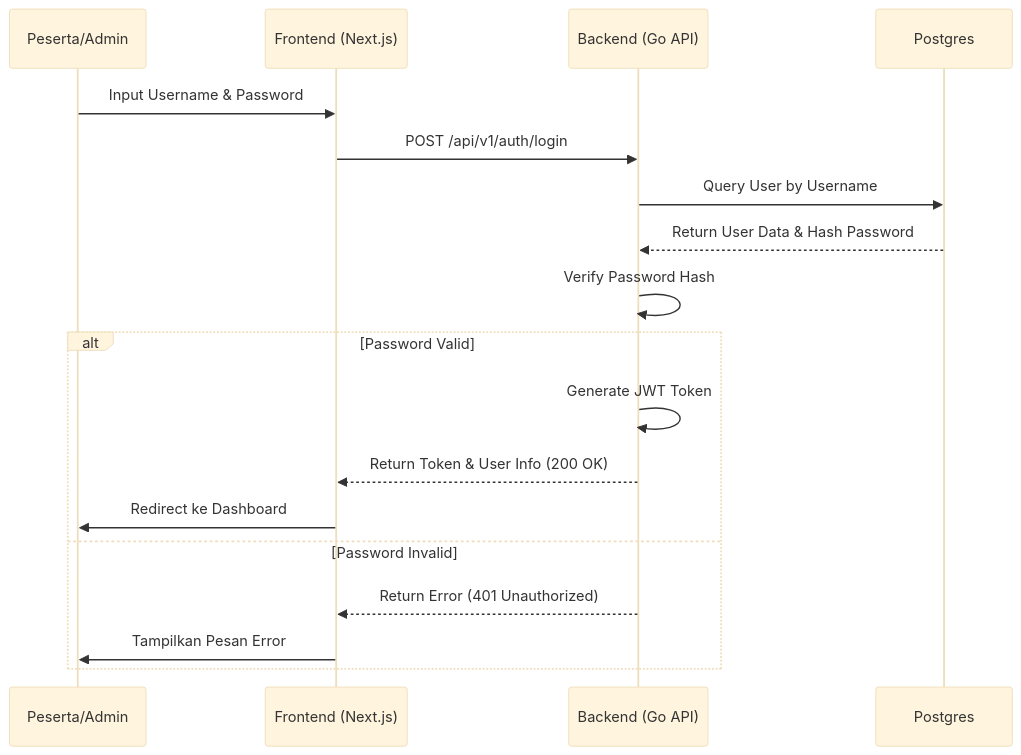
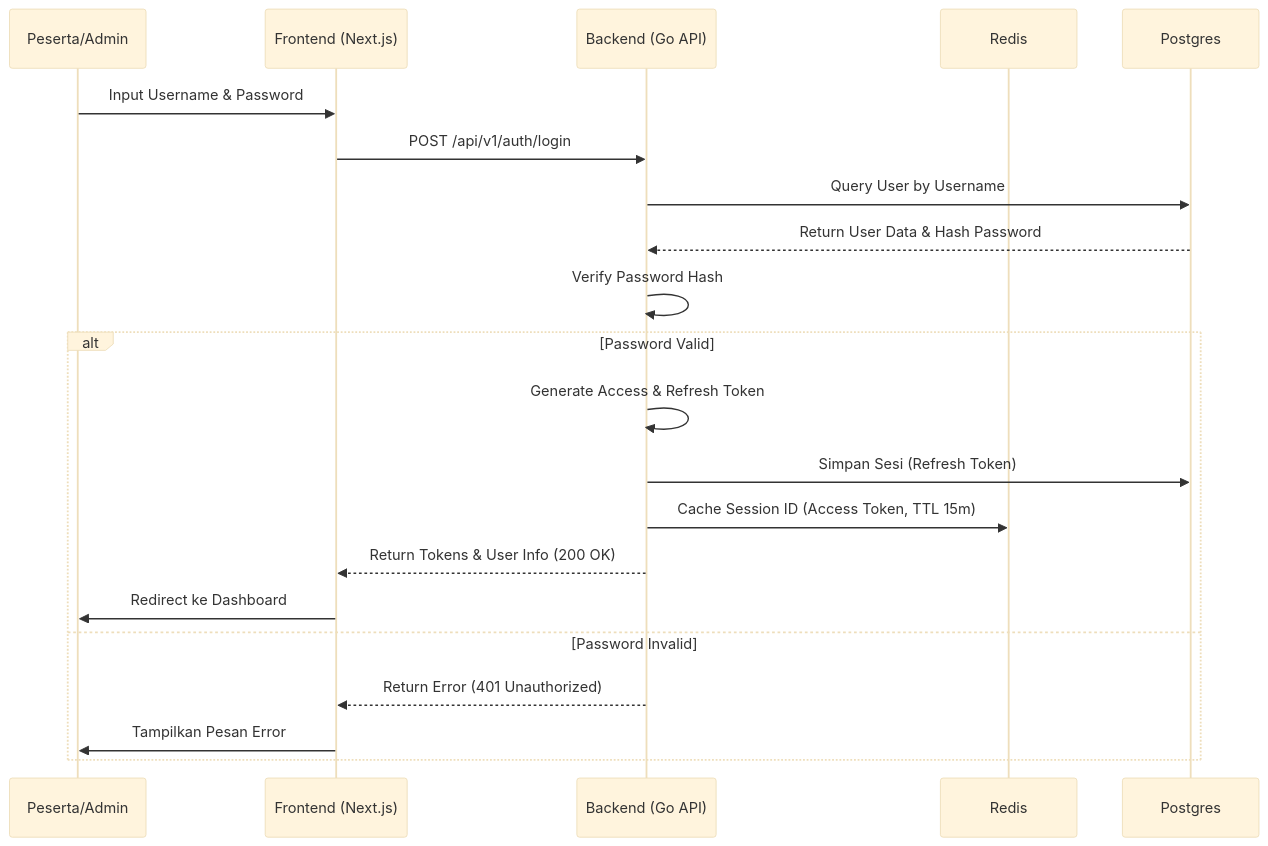
The first of 5 diagrams in docs/sequence-diagrams.md (odealidj/pramuka-CAT), drawn with Mermaid (base theme) before and after one commit. The commit also changed other lines of this file and 15 other files, not shown here.

Commit message:
fitur: implementasi autentikasi stateful dengan access token (redis) dan refresh token (postgres)

````diff
--- a/docs/sequence-diagrams.md
+++ b/docs/sequence-diagrams.md
@@ -17,21 +17,24 @@
 ```mermaid
 sequenceDiagram
     participant P as Peserta/Admin
     participant F as Frontend (Next.js)
     participant B as Backend (Go API)
+    participant R as Redis
     participant DB as Postgres
 
     P->>F: Input Username & Password
     F->>B: POST /api/v1/auth/login
     B->>DB: Query User by Username
     DB-->>B: Return User Data & Hash Password
     B->>B: Verify Password Hash
     alt Password Valid
-        B->>B: Generate JWT Token
-        B-->>F: Return Token & User Info (200 OK)
+        B->>B: Generate Access & Refresh Token
+        B->>DB: Simpan Sesi (Refresh Token)
+        B->>R: Cache Session ID (Access Token, TTL 15m)
+        B-->>F: Return Tokens & User Info (200 OK)
         F->>P: Redirect ke Dashboard
     else Password Invalid
         B-->>F: Return Error (401 Unauthorized)
         F->>P: Tampilkan Pesan Error
     end
 ```
````
